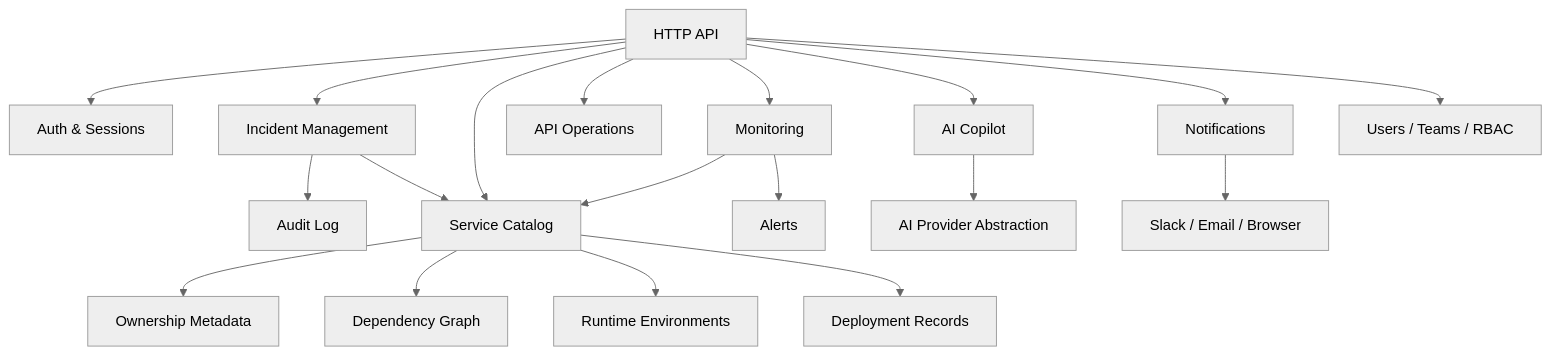
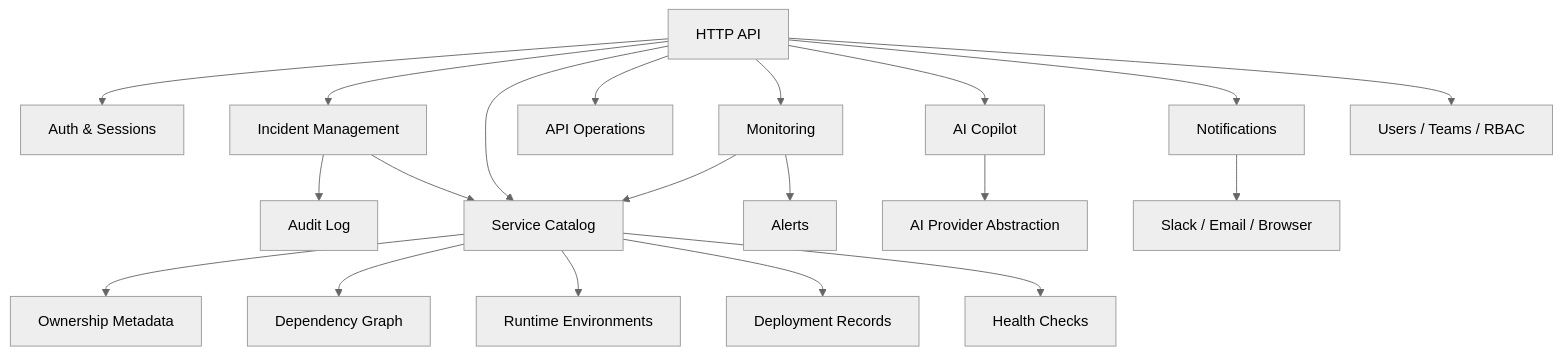
One commit to Ruchi2117/PlusOps changed the second of 8 diagrams in docs/architecture/overview.md. Above: the diagram before and after it, drawn with Mermaid (neutral theme). The commit also changed other lines of this file and 49 other files, not shown here.

Commit message:
feat(services): implement service health checks

````diff
--- a/docs/architecture/overview.md
+++ b/docs/architecture/overview.md
@@ -24,22 +24,23 @@
 ```mermaid
 flowchart TD
   API["HTTP API"] --> Auth["Auth & Sessions"]
   API --> Incidents["Incident Management"]
   API --> Services["Service Catalog"]
   API --> ApiOps["API Operations"]
   API --> Monitoring["Monitoring"]
   API --> Copilot["AI Copilot"]
   API --> Notifications["Notifications"]
   API --> Users["Users / Teams / RBAC"]
 
   Services --> Ownership["Ownership Metadata"]
   Services --> Dependencies["Dependency Graph"]
   Services --> Environments["Runtime Environments"]
   Services --> Deployments["Deployment Records"]
+  Services --> HealthChecks["Health Checks"]
   Incidents --> Audit["Audit Log"]
   Incidents --> Services
   Monitoring --> Services
   Monitoring --> Alerts["Alerts"]
   Copilot --> ProviderAbstraction["AI Provider Abstraction"]
   Notifications --> SlackEmail["Slack / Email / Browser"]
 ```
````
